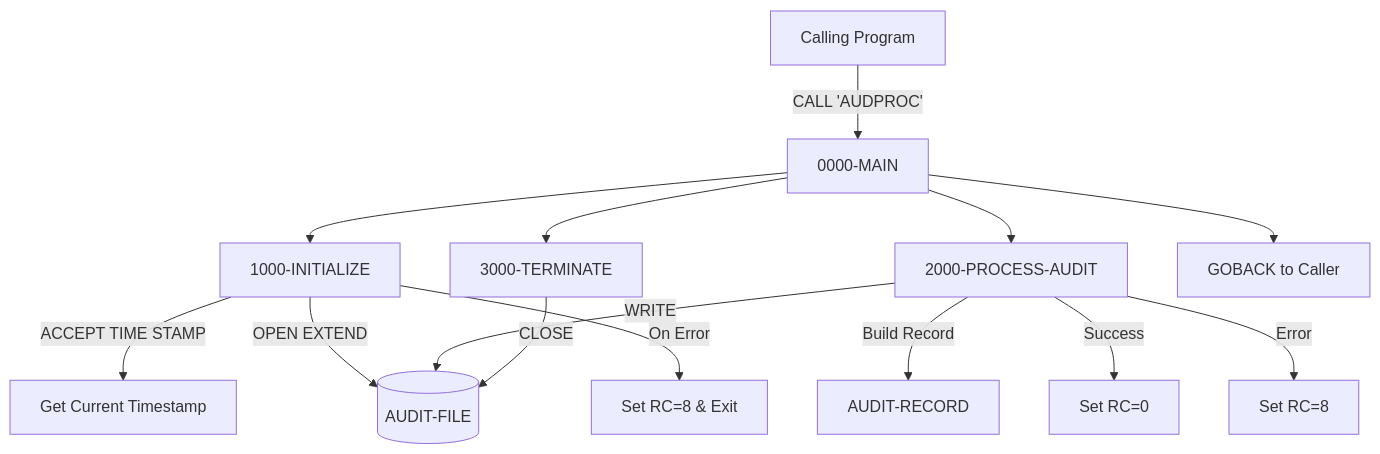
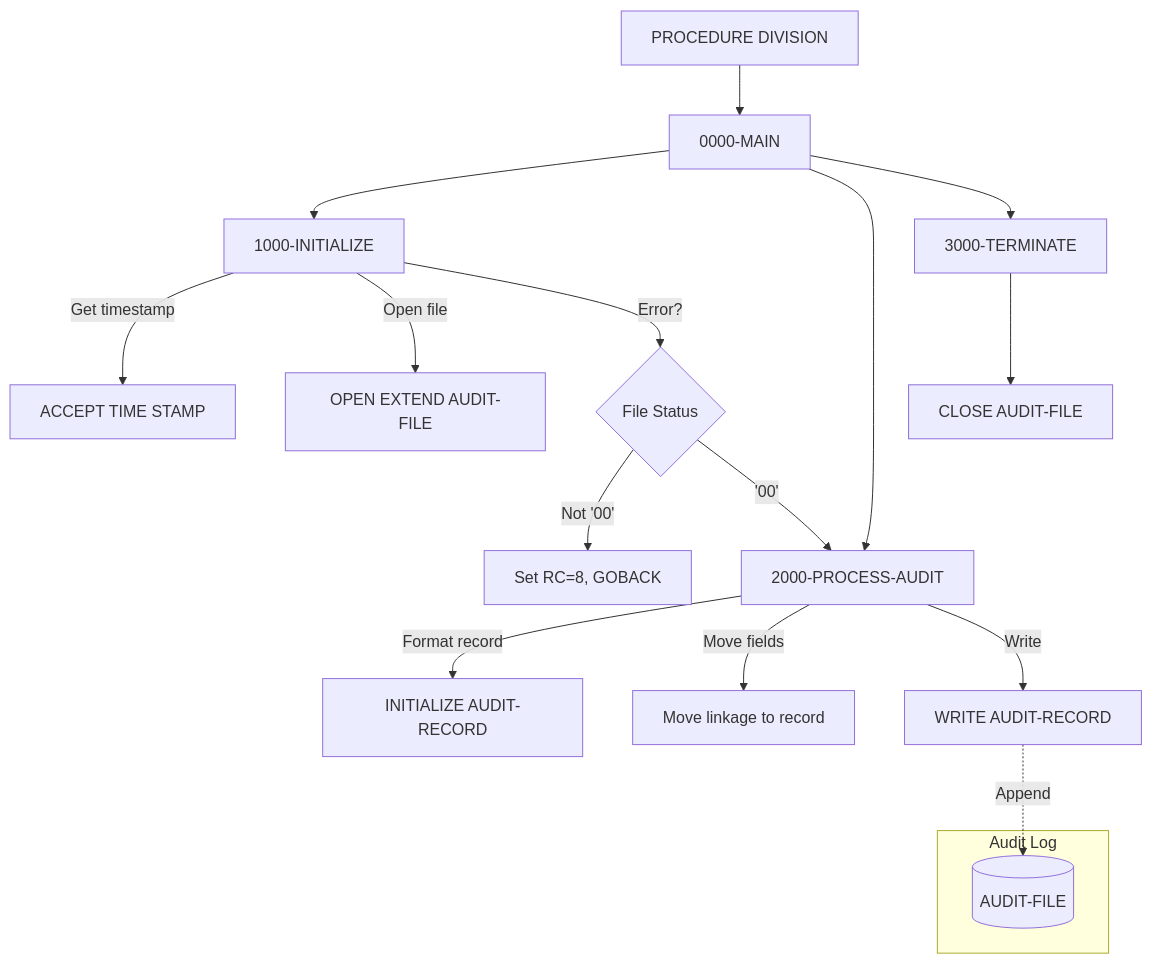
The diagram in docs/programs/AUDPROC.mdx (haladir-com/legacy-benchmark-docs-vb70e1), drawn with Mermaid before and after one commit. The commit also changed other lines of this file and 63 other files, not shown here.

````diff
--- a/docs/programs/AUDPROC.mdx
+++ b/docs/programs/AUDPROC.mdx
@@ -16,20 +20,25 @@
 ```mermaid
 graph TD
-    A[Calling Program] -->|CALL 'AUDPROC'| B[0000-MAIN]
+    A[PROCEDURE DIVISION] --> B[0000-MAIN]
     B --> C[1000-INITIALIZE]
     B --> D[2000-PROCESS-AUDIT]
     B --> E[3000-TERMINATE]
     
-    C -->|ACCEPT TIME STAMP| F[Get Current Timestamp]
-    C -->|OPEN EXTEND| G[(AUDIT-FILE)]
-    C -->|On Error| H[Set RC=8 & Exit]
+    C -->|Get timestamp| F[ACCEPT TIME STAMP]
+    C -->|Open file| G[OPEN EXTEND AUDIT-FILE]
+    C -->|Error?| H{File Status}
+    H -->|Not '00'| I[Set RC=8, GOBACK]
+    H -->|'00'| D
     
-    D -->|Build Record| I[AUDIT-RECORD]
-    D -->|WRITE| G
-    D -->|Success| J[Set RC=0]
-    D -->|Error| K[Set RC=8]
+    D -->|Format record| J[INITIALIZE AUDIT-RECORD]
+    D -->|Move fields| K[Move linkage to record]
+    D -->|Write| L[WRITE AUDIT-RECORD]
     
-    E -->|CLOSE| G
+    E --> M[CLOSE AUDIT-FILE]
     
-    B --> L[GOBACK to Caller]
+    subgraph "Audit Log"
+        N[(AUDIT-FILE)]
+    end
+    
+    L -.->|Append| N
 ```
````
